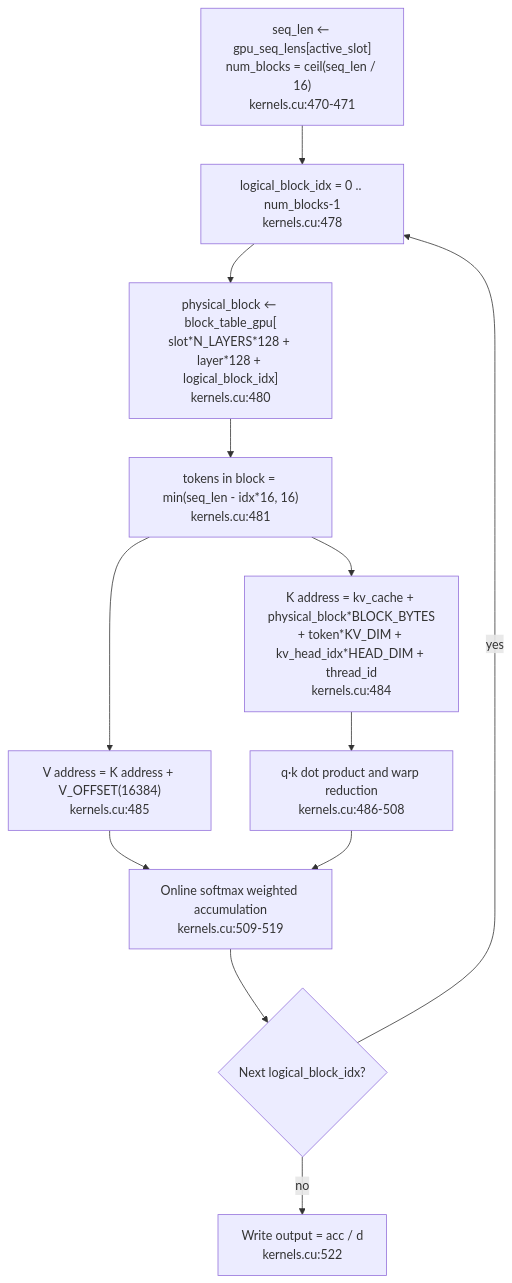
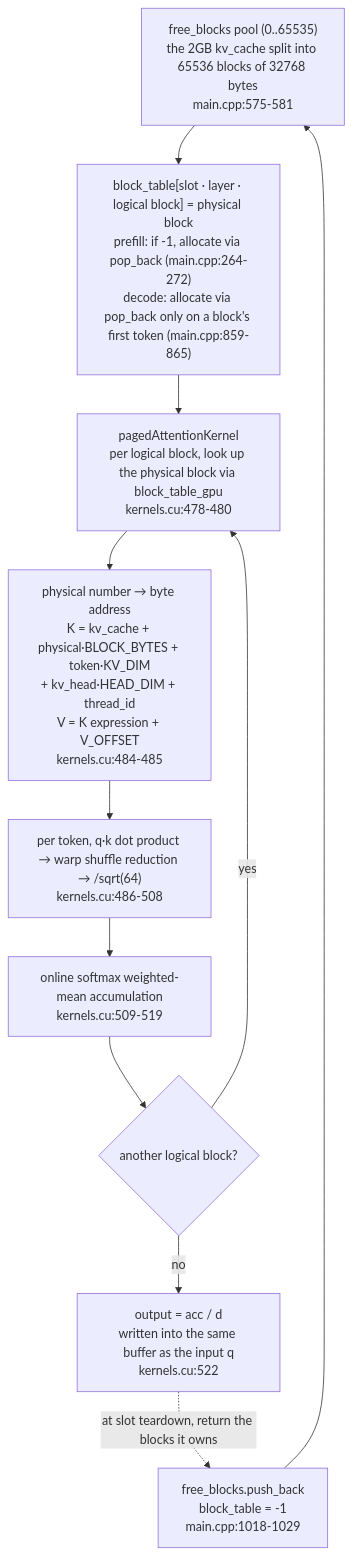
The diagram in data/code-series/jmaczan--tiny-vllm/articles/en-06.md (ryujaehun/ryujaehun.github.io), drawn with Mermaid before and after one commit. The commit also changed other lines of this file and 27 other files, not shown here.

````diff
--- a/data/code-series/jmaczan--tiny-vllm/articles/en-06.md
+++ b/data/code-series/jmaczan--tiny-vllm/articles/en-06.md
@@ -172,14 +131,13 @@
 ```mermaid
 flowchart TD
-    A["seq_len ← gpu_seq_lens[active_slot]<br/>num_blocks = ceil(seq_len / 16)<br/>kernels.cu:470-471"] --> B["logical_block_idx = 0 .. num_blocks-1<br/>kernels.cu:478"]
-    B --> C["physical_block ← block_table_gpu[<br/>slot*N_LAYERS*128 + layer*128 + logical_block_idx]<br/>kernels.cu:480"]
-    C --> D["tokens in block = min(seq_len - idx*16, 16)<br/>kernels.cu:481"]
-    D --> E["K address = kv_cache + physical_block*BLOCK_BYTES<br/>+ token*KV_DIM + kv_head_idx*HEAD_DIM + thread_id<br/>kernels.cu:484"]
-    D --> F["V address = K address + V_OFFSET(16384)<br/>kernels.cu:485"]
-    E --> G["q·k dot product and warp reduction<br/>kernels.cu:486-508"]
-    F --> H["Online softmax weighted accumulation<br/>kernels.cu:509-519"]
-    G --> H
-    H --> I{"Next logical_block_idx?"}
-    I -->|yes| B
-    I -->|no| J["Write output = acc / d<br/>kernels.cu:522"]
+    A["free_blocks pool (0..65535)<br/>the 2GB kv_cache split into 65536 blocks of 32768 bytes<br/>main.cpp:575-581"] --> B["block_table[slot · layer · logical block] = physical block<br/>prefill: if -1, allocate via pop_back (main.cpp:264-272)<br/>decode: allocate via pop_back only on a block's first token (main.cpp:859-865)"]
+    B --> C["pagedAttentionKernel<br/>per logical block, look up the physical block via block_table_gpu<br/>kernels.cu:478-480"]
+    C --> D["physical number → byte address<br/>K = kv_cache + physical·BLOCK_BYTES + token·KV_DIM<br/>+ kv_head·HEAD_DIM + thread_id<br/>V = K expression + V_OFFSET<br/>kernels.cu:484-485"]
+    D --> E["per token, q·k dot product → warp shuffle reduction → /sqrt(64)<br/>kernels.cu:486-508"]
+    E --> F["online softmax weighted-mean accumulation<br/>kernels.cu:509-519"]
+    F --> G{"another logical block?"}
+    G -->|yes| C
+    G -->|no| H["output = acc / d<br/>written into the same buffer as the input q<br/>kernels.cu:522"]
+    H -.->|"at slot teardown, return the blocks it owns"| I["free_blocks.push_back<br/>block_table = -1<br/>main.cpp:1018-1029"]
+    I --> A
 ```
````
